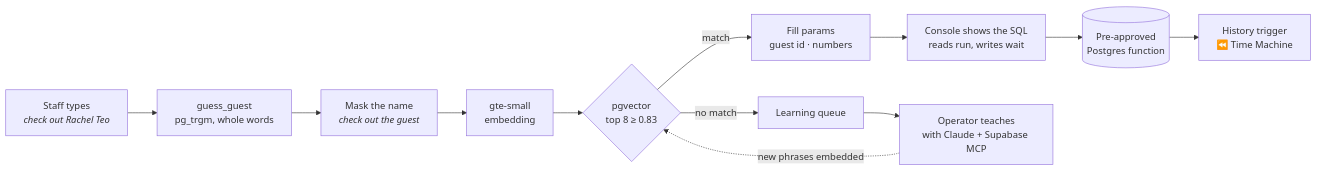
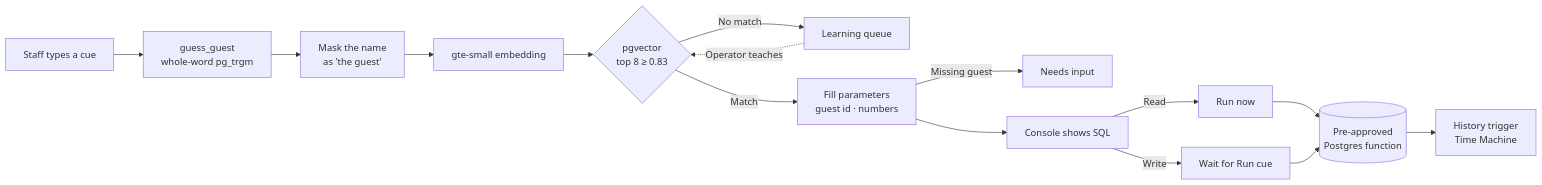
Before and after one commit to Chi944/Backstage: the diagram in README.md, drawn with Mermaid. The commit also changed other lines of this file, not shown here.

````diff
--- a/README.md
+++ b/README.md
@@ -61,14 +130,17 @@
 ```mermaid
 flowchart LR
-    U["Staff types<br/><i>check out Rachel Teo</i>"] --> G["guess_guest<br/>pg_trgm, whole words"]
-    G --> K["Mask the name<br/><i>check out the guest</i>"]
-    K --> E["gte-small<br/>embedding"]
-    E --> V{"pgvector<br/>top 8 ≥ 0.83"}
-    V -- match --> P["Fill params<br/>guest id · numbers"]
-    P --> C["Console shows the SQL<br/>reads run, writes wait"]
-    C --> F[("Pre-approved<br/>Postgres function")]
-    F --> H["History trigger<br/>⏪ Time Machine"]
-    V -- no match --> Q["Learning queue"]
-    Q --> T["Operator teaches<br/>with Claude + Supabase MCP"]
-    T -. new phrases embedded .-> V
+    A[Staff types a cue] --> B[guess_guest<br/>whole-word pg_trgm]
+    B --> C[Mask the name<br/>as 'the guest']
+    C --> D[gte-small embedding]
+    D --> E{pgvector<br/>top 8 ≥ 0.83}
+    E -->|No match| Q[Learning queue]
+    E -->|Match| F[Fill parameters<br/>guest id · numbers]
+    F -->|Missing guest| N[Needs input]
+    F --> G[Console shows SQL]
+    G -->|Read| H[Run now]
+    G -->|Write| I[Wait for Run cue]
+    H --> J[(Pre-approved<br/>Postgres function)]
+    I --> J
+    J --> K[History trigger<br/>Time Machine]
+    Q -.->|Operator teaches| E
 ```
````
